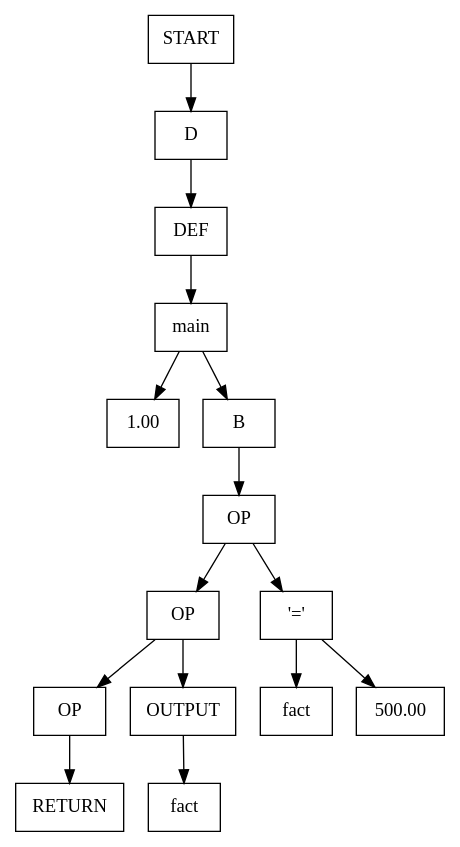
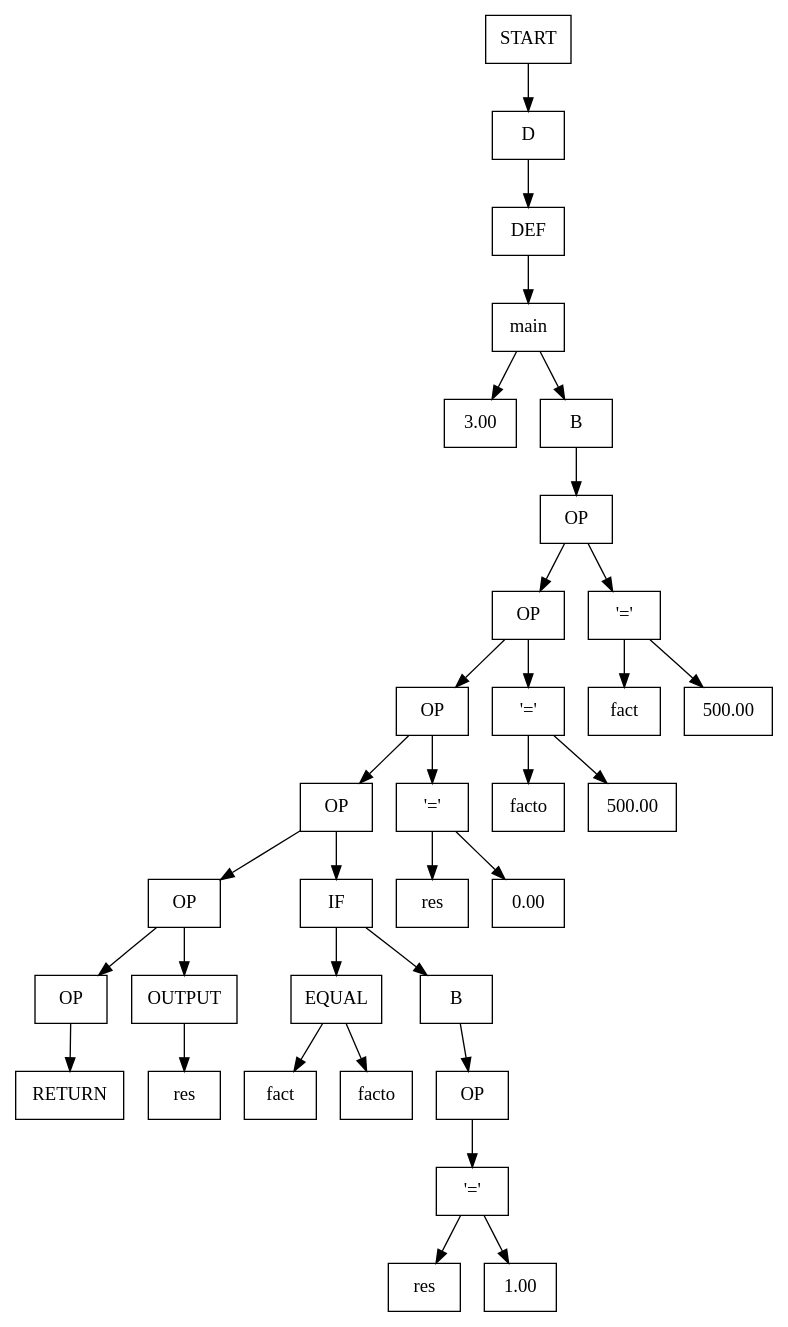
One commit to AnastasMIPT/Language changed the diagram in resources/output.dot. Above: the diagram before and after it, drawn with Graphviz. The commit also changed 5 other files, not shown here.

```diff
--- a/resources/output.dot
+++ b/resources/output.dot
@@ -1,31 +1,67 @@
 digraph {
-node0x564a9bd46c50 [label="START", shape=box];
-node0x564a9bd47460 [label="D", shape=box];
-node0x564a9bd46c50 -> node0x564a9bd47460
-node0x564a9bd46cc0 [label="DEF", shape=box];
-node0x564a9bd47460 -> node0x564a9bd46cc0
-node0x564a9bd46d30 [label="main", shape=box];
-node0x564a9bd46cc0 -> node0x564a9bd46d30
-node0x564a9bd47690 [label="1.00", shape=box];
-node0x564a9bd474d0 [label="B", shape=box];
-node0x564a9bd46d30 -> node0x564a9bd47690
-node0x564a9bd46d30 -> node0x564a9bd474d0
-node0x564a9bd47540 [label="OP", shape=box];
-node0x564a9bd474d0 -> node0x564a9bd47540
-node0x564a9bd475b0 [label="OP", shape=box];
-node0x564a9bd46fd0 [label="'='", shape=box];
-node0x564a9bd47540 -> node0x564a9bd475b0
-node0x564a9bd47540 -> node0x564a9bd46fd0
-node0x564a9bd46f60 [label="fact", shape=box];
-node0x564a9bd47040 [label="500.00", shape=box];
-node0x564a9bd46fd0 -> node0x564a9bd46f60
-node0x564a9bd46fd0 -> node0x564a9bd47040
-node0x564a9bd47620 [label="OP", shape=box];
-node0x564a9bd470e0 [label="OUTPUT", shape=box];
-node0x564a9bd475b0 -> node0x564a9bd47620
-node0x564a9bd475b0 -> node0x564a9bd470e0
-node0x564a9bd471c0 [label="fact", shape=box];
-node0x564a9bd470e0 -> node0x564a9bd471c0
-node0x564a9bd472a0 [label="RETURN", shape=box];
-node0x564a9bd47620 -> node0x564a9bd472a0
+node0x55c1e1868c50 [label="START", shape=box];
+node0x55c1e1869c60 [label="D", shape=box];
+node0x55c1e1868c50 -> node0x55c1e1869c60
+node0x55c1e1868cc0 [label="DEF", shape=box];
+node0x55c1e1869c60 -> node0x55c1e1868cc0
+node0x55c1e1868d30 [label="main", shape=box];
+node0x55c1e1868cc0 -> node0x55c1e1868d30
+node0x55c1e186a0c0 [label="3.00", shape=box];
+node0x55c1e1869cd0 [label="B", shape=box];
+node0x55c1e1868d30 -> node0x55c1e186a0c0
+node0x55c1e1868d30 -> node0x55c1e1869cd0
+node0x55c1e1869d40 [label="OP", shape=box];
+node0x55c1e1869cd0 -> node0x55c1e1869d40
+node0x55c1e1869db0 [label="OP", shape=box];
+node0x55c1e1868fd0 [label="'='", shape=box];
+node0x55c1e1869d40 -> node0x55c1e1869db0
+node0x55c1e1869d40 -> node0x55c1e1868fd0
+node0x55c1e1868f60 [label="fact", shape=box];
+node0x55c1e1869040 [label="500.00", shape=box];
+node0x55c1e1868fd0 -> node0x55c1e1868f60
+node0x55c1e1868fd0 -> node0x55c1e1869040
+node0x55c1e1869e20 [label="OP", shape=box];
+node0x55c1e1869150 [label="'='", shape=box];
+node0x55c1e1869db0 -> node0x55c1e1869e20
+node0x55c1e1869db0 -> node0x55c1e1869150
+node0x55c1e18690e0 [label="facto", shape=box];
+node0x55c1e18691c0 [label="500.00", shape=box];
+node0x55c1e1869150 -> node0x55c1e18690e0
+node0x55c1e1869150 -> node0x55c1e18691c0
+node0x55c1e1869e90 [label="OP", shape=box];
+node0x55c1e18692d0 [label="'='", shape=box];
+node0x55c1e1869e20 -> node0x55c1e1869e90
+node0x55c1e1869e20 -> node0x55c1e18692d0
+node0x55c1e1869260 [label="res", shape=box];
+node0x55c1e1869340 [label="0.00", shape=box];
+node0x55c1e18692d0 -> node0x55c1e1869260
+node0x55c1e18692d0 -> node0x55c1e1869340
+node0x55c1e1869fe0 [label="OP", shape=box];
+node0x55c1e18693e0 [label="IF", shape=box];
+node0x55c1e1869e90 -> node0x55c1e1869fe0
+node0x55c1e1869e90 -> node0x55c1e18693e0
+node0x55c1e1869530 [label="EQUAL", shape=box];
+node0x55c1e1869f00 [label="B", shape=box];
+node0x55c1e18693e0 -> node0x55c1e1869530
+node0x55c1e18693e0 -> node0x55c1e1869f00
+node0x55c1e1869f70 [label="OP", shape=box];
+node0x55c1e1869f00 -> node0x55c1e1869f70
+node0x55c1e1869760 [label="'='", shape=box];
+node0x55c1e1869f70 -> node0x55c1e1869760
+node0x55c1e18696f0 [label="res", shape=box];
+node0x55c1e18697d0 [label="1.00", shape=box];
+node0x55c1e1869760 -> node0x55c1e18696f0
+node0x55c1e1869760 -> node0x55c1e18697d0
+node0x55c1e18694c0 [label="fact", shape=box];
+node0x55c1e18695a0 [label="facto", shape=box];
+node0x55c1e1869530 -> node0x55c1e18694c0
+node0x55c1e1869530 -> node0x55c1e18695a0
+node0x55c1e186a050 [label="OP", shape=box];
+node0x55c1e18698e0 [label="OUTPUT", shape=box];
+node0x55c1e1869fe0 -> node0x55c1e186a050
+node0x55c1e1869fe0 -> node0x55c1e18698e0
+node0x55c1e18699c0 [label="res", shape=box];
+node0x55c1e18698e0 -> node0x55c1e18699c0
+node0x55c1e1869aa0 [label="RETURN", shape=box];
+node0x55c1e186a050 -> node0x55c1e1869aa0
 }
```
